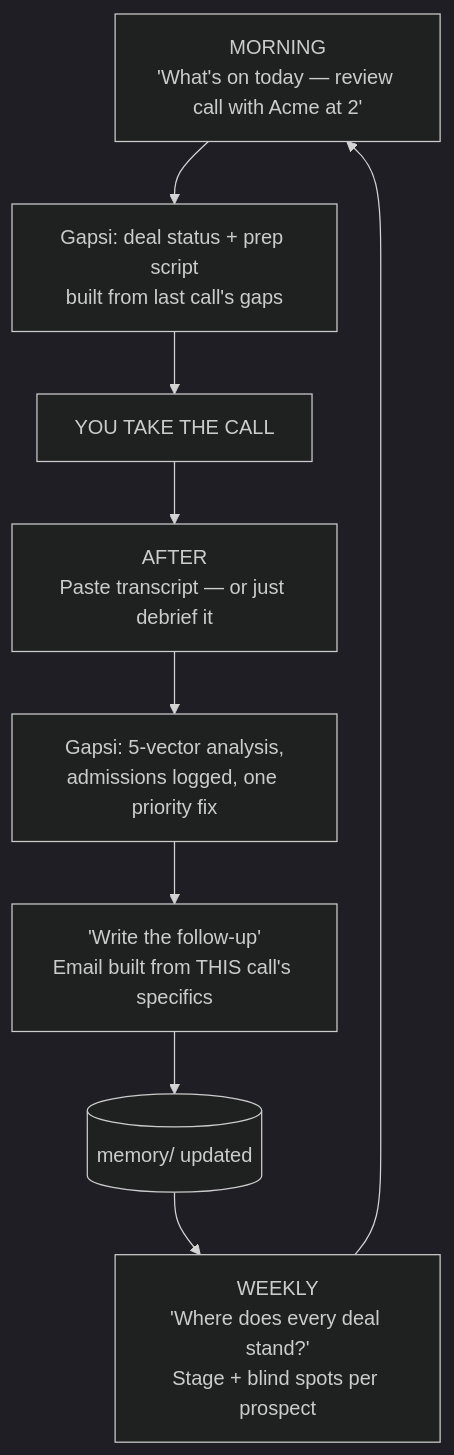
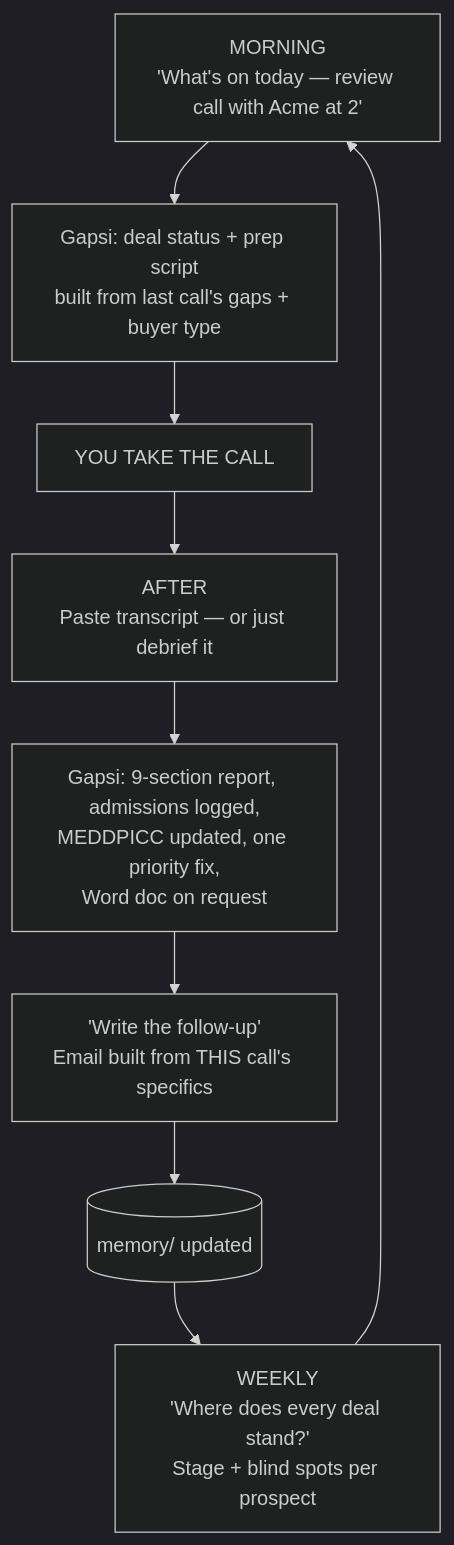
Before and after one commit to termsheetinator/gapsi-agent: diagram 13 of 13 in README.md, drawn with Mermaid (dark theme). The commit also changed other lines of this file, not shown here.

Commit message:
v2.4.0 — full README rewrite: 9-section report format, Old/New Economy calibration, enterprise cycle, MEDDPICC gap escalation, five-frame rotation, Word doc output, 8 modes

````diff
--- a/README.md
+++ b/README.md
@@ -475,11 +733,11 @@
 ```mermaid
 flowchart TD
-    M["MORNING<br/>'What's on today — review call with Acme at 2'"] --> MP["Gapsi: deal status + prep script<br/>built from last call's gaps"]
+    M["MORNING<br/>'What's on today — review call with Acme at 2'"] --> MP["Gapsi: deal status + prep script<br/>built from last call's gaps + buyer type"]
     MP --> CALL["YOU TAKE THE CALL"]
     CALL --> PA["AFTER<br/>Paste transcript — or just debrief it"]
-    PA --> AN["Gapsi: 5-vector analysis,<br/>admissions logged, one priority fix"]
+    PA --> AN["Gapsi: 9-section report, admissions logged,<br/>MEDDPICC updated, one priority fix,<br/>Word doc on request"]
     AN --> FU["'Write the follow-up'<br/>Email built from THIS call's specifics"]
     FU --> MEMU[("memory/ updated")]
     MEMU --> WK["WEEKLY<br/>'Where does every deal stand?'<br/>Stage + blind spots per prospect"]
     WK --> M
 ```
````
